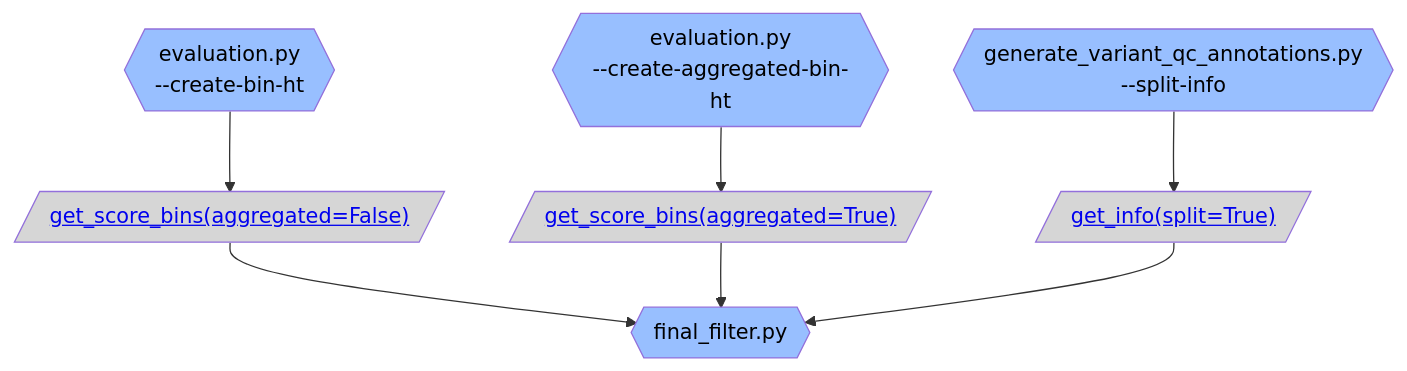
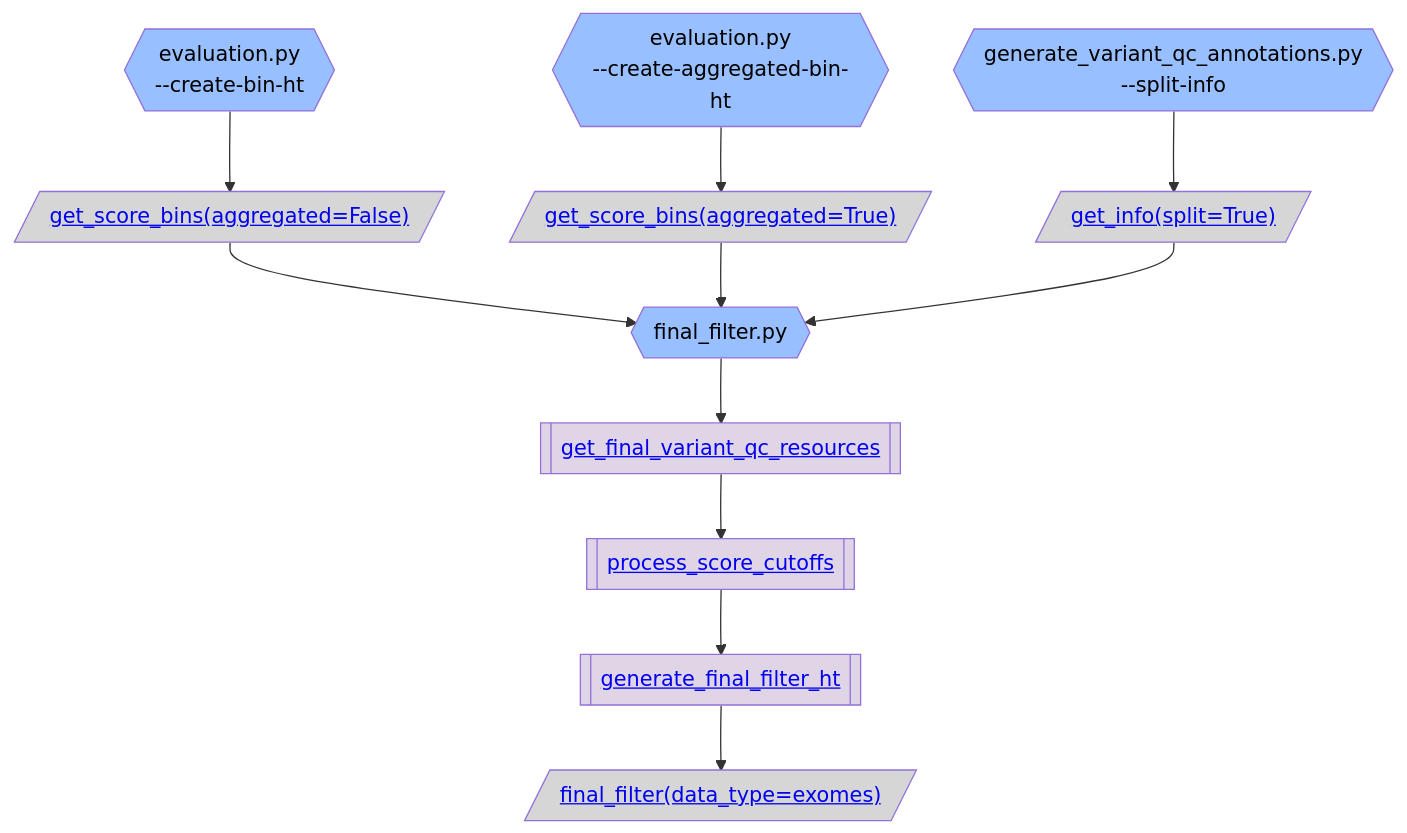
Before and after one commit to broadinstitute/gnomad_qc: the fourth of 5 diagrams in gnomad_qc/v4/variant_qc/README.md, drawn with Mermaid. The commit also changed other lines of this file and 3 other files, not shown here.

````diff
--- a/gnomad_qc/v4/variant_qc/README.md
+++ b/gnomad_qc/v4/variant_qc/README.md
@@ -234,27 +242,35 @@
 ```mermaid
 flowchart TB;
   classDef script_color fill:#2C5D4A,color:#000000
   classDef step_color fill:#98BFFF,color:#000000
   classDef func_color fill:#E0D5E6,color:#000000
   classDef gnomad_methods_color fill:#F9F2CE,color:#000000
   classDef hail_color fill:#FAEACE,color:#000000
   classDef resource_color fill:#D6D6D6,color:#000000
   classDef validity_check_color fill:#2C5D4A,color:#000000
 
   step_create_bin_ht{{"evaluation.py
 --create-bin-ht"}}:::step_color;
   resource_get_score_bins_aggregated_False[/"<a href='https://github.com/broadinstitute/gnomad_qc/tree/main/gnomad_qc/v4/resources/variant_qc.py#L156'>get_score_bins(aggregated=False)</a>"/]:::resource_color;
   step_final_filter.py{{"final_filter.py"}}:::step_color;
+  func_get_final_variant_qc_resources[["<a href='https://github.com/broadinstitute/gnomad_qc/tree/main/gnomad_qc/v4/variant_qc/final_filter_genomes.py#L66'>get_final_variant_qc_resources</a>"]]:::func_color;
+  func_process_score_cutoffs[["<a href='https://github.com/broadinstitute/gnomad_qc/tree/main/gnomad_qc/v4/variant_qc/final_filter.py#L110'>process_score_cutoffs</a>"]]:::func_color;
+  func_generate_final_filter_ht[["<a href='https://github.com/broadinstitute/gnomad_qc/tree/main/gnomad_qc/v4/variant_qc/final_filter.py#L229'>generate_final_filter_ht</a>"]]:::func_color;
+  final_filter_data_type_exomes[/"<a href='https://github.com/broadinstitute/gnomad_qc/tree/main/gnomad_qc/v4/resources/variant_qc.py#L285'>final_filter(data_type=exomes)</a>"/]:::resource_color;
   step_create_aggregated_bin_ht{{"evaluation.py
 --create-aggregated-bin-ht"}}:::step_color;
   resource_get_score_bins_aggregated_True[/"<a href='https://github.com/broadinstitute/gnomad_qc/tree/main/gnomad_qc/v4/resources/variant_qc.py#L156'>get_score_bins(aggregated=True)</a>"/]:::resource_color;
   step_split_info{{"generate_variant_qc_annotations.py
 --split-info"}}:::step_color;
   resource_get_info_split_True[/"<a href='https://github.com/broadinstitute/gnomad_qc/tree/main/gnomad_qc/v4/resources/annotations.py#L47'>get_info(split=True)</a>"/]:::resource_color;
   step_create_bin_ht --> resource_get_score_bins_aggregated_False;
   resource_get_score_bins_aggregated_False --> step_final_filter.py;
+  step_final_filter.py --> func_get_final_variant_qc_resources;
+  func_get_final_variant_qc_resources --> func_process_score_cutoffs;
+  func_process_score_cutoffs --> func_generate_final_filter_ht;
+  func_generate_final_filter_ht --> final_filter_data_type_exomes;
   step_create_aggregated_bin_ht --> resource_get_score_bins_aggregated_True;
   resource_get_score_bins_aggregated_True --> step_final_filter.py;
   step_split_info --> resource_get_info_split_True;
   resource_get_info_split_True --> step_final_filter.py;
 ```
````
